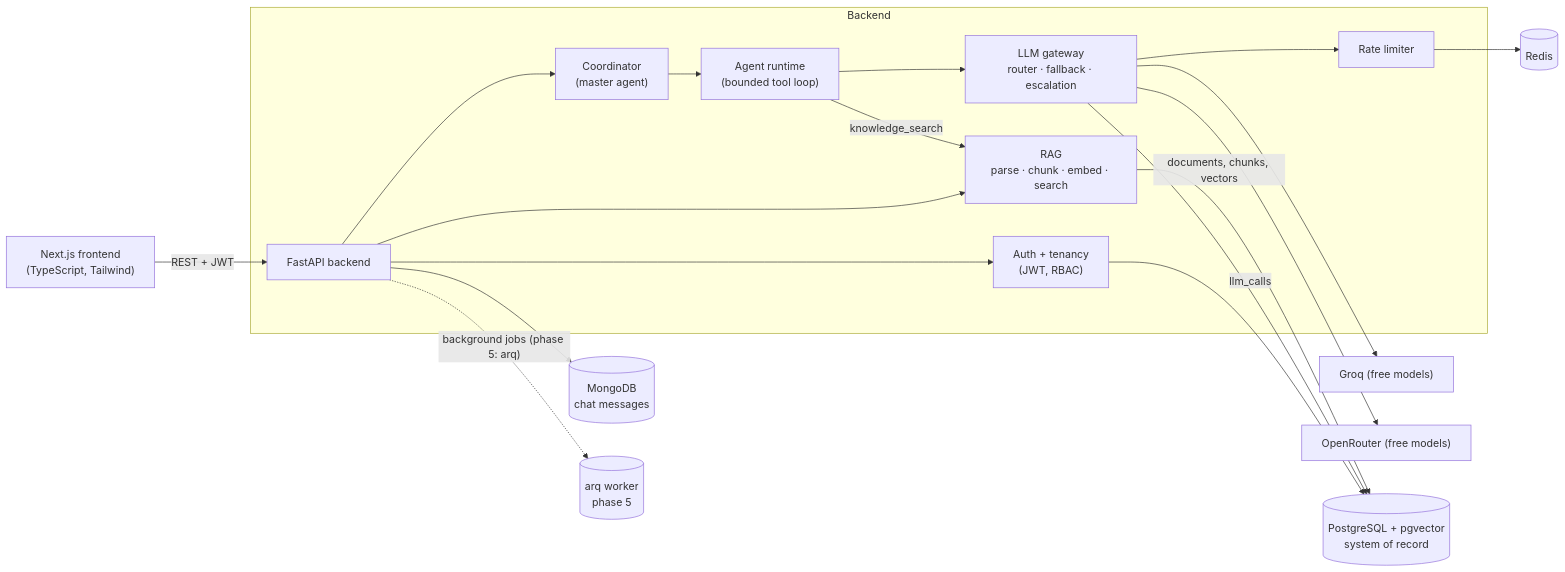
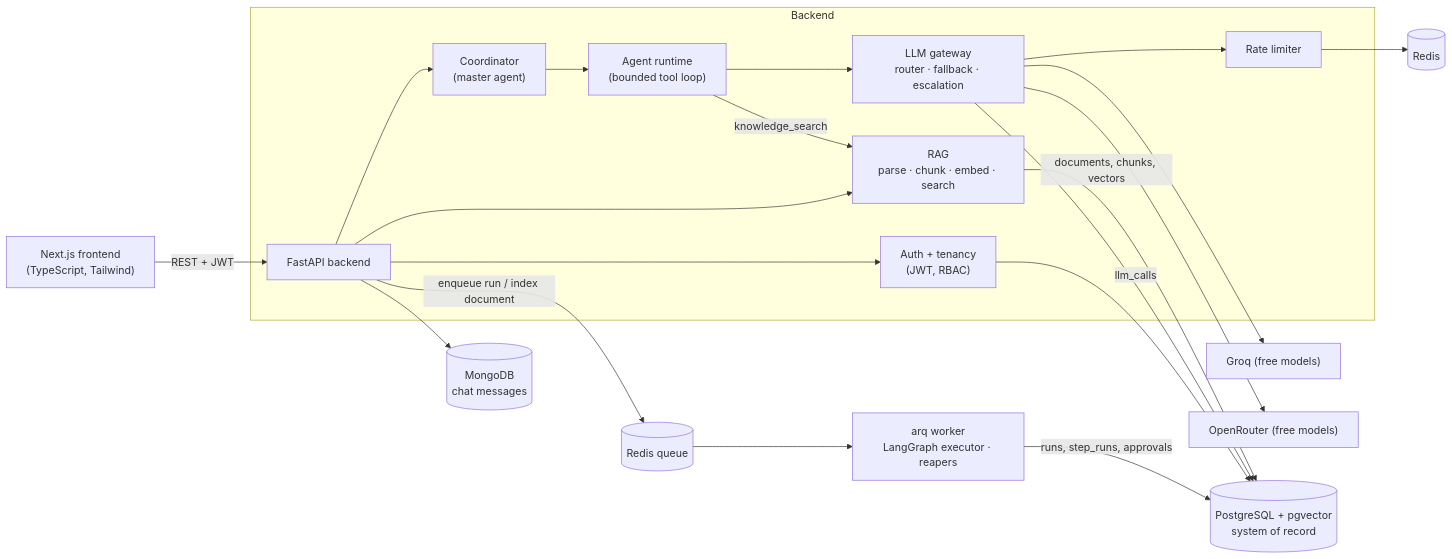
The diagram in README.md (priyanshsingh11/Cogniflow), drawn with Mermaid before and after one commit. The commit also changed other lines of this file and 19 other files, not shown here.

````diff
--- a/README.md
+++ b/README.md
@@ -52,23 +55,25 @@
 ```mermaid
 flowchart LR
     UI["Next.js frontend<br/>(TypeScript, Tailwind)"] -->|REST + JWT| API["FastAPI backend"]
 
     subgraph Backend
         API --> AUTH["Auth + tenancy<br/>(JWT, RBAC)"]
         API --> COORD["Coordinator<br/>(master agent)"]
         COORD --> RUNTIME["Agent runtime<br/>(bounded tool loop)"]
         RUNTIME --> GW["LLM gateway<br/>router · fallback · escalation"]
         GW --> RL["Rate limiter"]
         API --> RAG["RAG<br/>parse · chunk · embed · search"]
         RUNTIME -->|"knowledge_search"| RAG
     end
 
     GW --> GROQ["Groq (free models)"]
     GW --> OR["OpenRouter (free models)"]
     AUTH --> PG[("PostgreSQL + pgvector<br/>system of record")]
     GW -->|llm_calls| PG
     RAG -->|documents, chunks, vectors| PG
     RL --> REDIS[("Redis")]
     API --> MONGO[("MongoDB<br/>chat messages")]
-    API -.background jobs (phase 5: arq).-> QUEUE[("arq worker<br/>phase 5")]
+    API -->|"enqueue run / index document"| QUEUE[("Redis queue")]
+    QUEUE --> WORKER["arq worker<br/>LangGraph executor · reapers"]
+    WORKER -->|runs, step_runs, approvals| PG
 ```
````
